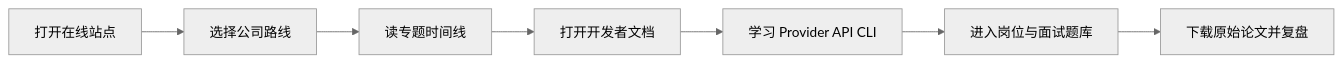
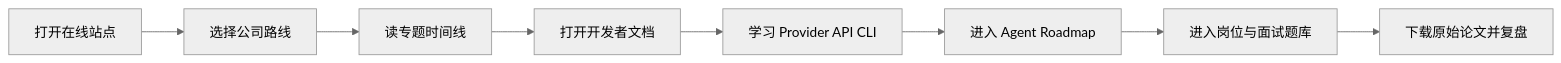
One commit to Harzva/ChinaAI-Roadmaps changed the diagram in README.md. Above: the diagram before and after it, drawn with Mermaid (neutral theme). The commit also changed other lines of this file, not shown here.

Commit message:
Document Agent Roadmap entry

````diff
--- a/README.md
+++ b/README.md
@@ -60,9 +64,10 @@
 ```mermaid
 flowchart LR
     A["打开在线站点"] --> B["选择公司路线"]
     B --> C["读专题时间线"]
     C --> D["打开开发者文档"]
     D --> E["学习 Provider API CLI"]
-    E --> F["进入岗位与面试题库"]
-    F --> G["下载原始论文并复盘"]
+    E --> F["进入 Agent Roadmap"]
+    F --> G["进入岗位与面试题库"]
+    G --> H["下载原始论文并复盘"]
 ```
````
